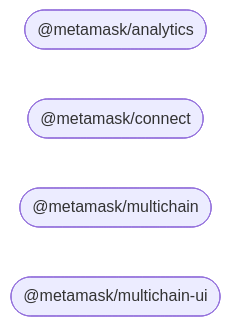
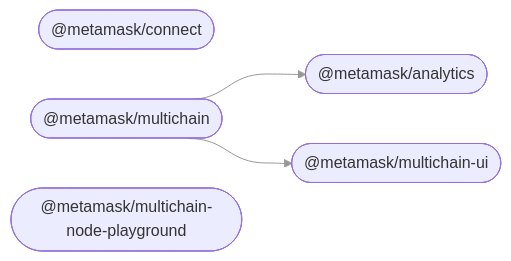
Before and after one commit to MetaMask/connect-monorepo: the diagram in README.md, drawn with Mermaid. The commit also changed other lines of this file and 11 other files, not shown here.

Commit message:
feat: add multichain node playground (and fix configs)

````diff
--- a/README.md
+++ b/README.md
@@ -47,9 +48,12 @@
 ```mermaid
 %%{ init: { 'flowchart': { 'curve': 'bumpX' } } }%%
 graph LR;
 linkStyle default opacity:0.5
   analytics(["@metamask/analytics"]);
   connect(["@metamask/connect"]);
   multichain(["@metamask/multichain"]);
+  multichain_node_playground(["@metamask/multichain-node-playground"]);
   multichain_ui(["@metamask/multichain-ui"]);
+  multichain --> analytics;
+  multichain --> multichain_ui;
 ```
````
